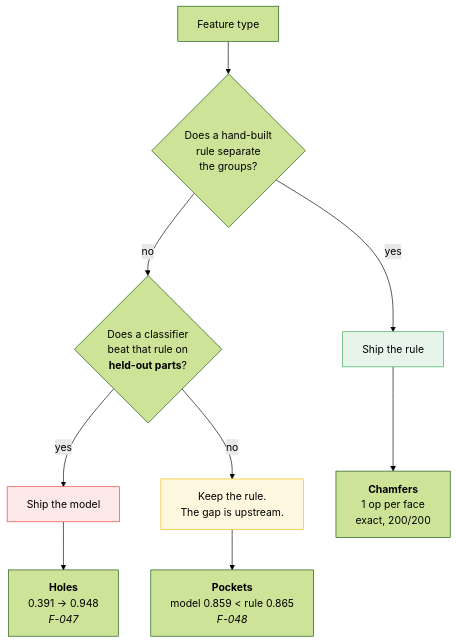
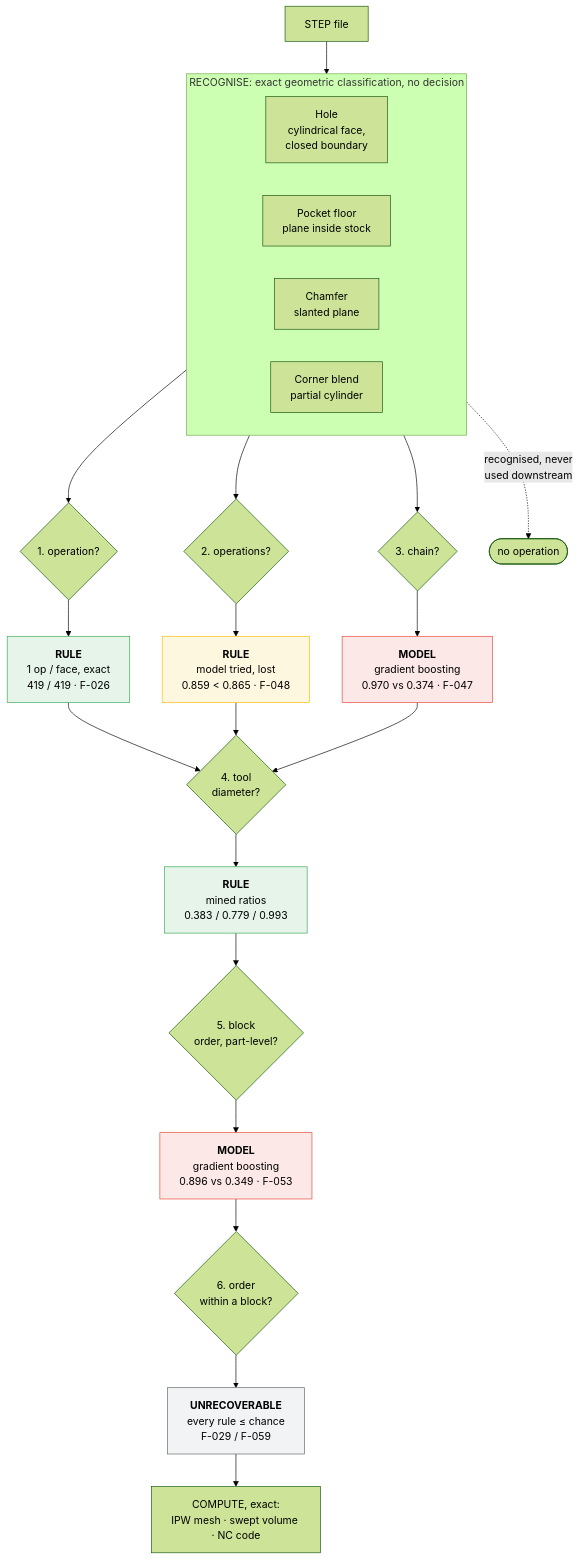
Before and after one commit to FelixMatrixar/ASME-CIE-Student-Hackathon-2026-NeuroGO: the fourth of 8 diagrams in solution/docs/METHODOLOGY.md, drawn with Mermaid (forest theme). The commit also changed other lines of this file and 5 other files, not shown here.

````diff
--- a/solution/docs/METHODOLOGY.md
+++ b/solution/docs/METHODOLOGY.md
@@ -144,16 +167,41 @@
 ```mermaid
 flowchart TD
-    START["Feature type"] --> Q1{"Does a hand-built<br/>rule separate<br/>the groups?"}
-    Q1 -->|"yes"| RULES["Ship the rule"]
-    Q1 -->|"no"| Q2{"Does a classifier<br/>beat that rule on<br/><b>held-out parts</b>?"}
-    Q2 -->|"yes"| MODEL["Ship the model"]
-    Q2 -->|"no"| KEEP["Keep the rule.<br/>The gap is upstream."]
+    STEP["STEP file"] --> REC
 
-    RULES --> CH["<b>Chamfers</b><br/>1 op per face<br/>exact, 200/200"]
-    MODEL --> HL["<b>Holes</b><br/>0.391 → 0.948<br/><i>F-047</i>"]
-    KEEP --> PK["<b>Pockets</b><br/>model 0.859 < rule 0.865<br/><i>F-048</i>"]
+    subgraph REC["RECOGNISE: exact geometric classification, no decision"]
+        direction LR
+        HOLE["Hole<br/>cylindrical face,<br/>closed boundary"]
+        PF["Pocket floor<br/>plane inside stock"]
+        CHF["Chamfer<br/>slanted plane"]
+        BLD["Corner blend<br/>partial cylinder"]
+    end
 
-    style MODEL fill:#fce8e6,stroke:#ea4335
-    style KEEP fill:#fef7e0,stroke:#fbbc04
-    style RULES fill:#e6f4ea,stroke:#34a853
+    CHF --> T1{"1. operation?"}
+    PF --> T2{"2. operations?"}
+    HOLE --> T3{"3. chain?"}
+    BLD -.->|"recognised, never<br/>used downstream"| NOOP(["no operation"])
+
+    T1 --> R1["<b>RULE</b><br/>1 op / face, exact<br/>419 / 419 · F-026"]
+    T2 --> R2["<b>RULE</b><br/>model tried, lost<br/>0.859 &lt; 0.865 · F-048"]
+    T3 --> M1["<b>MODEL</b><br/>gradient boosting<br/>0.970 vs 0.374 · F-047"]
+
+    R1 --> T4{"4. tool<br/>diameter?"}
+    R2 --> T4
+    M1 --> T4
+    T4 --> R3["<b>RULE</b><br/>mined ratios<br/>0.383 / 0.779 / 0.993"]
+
+    R3 --> T5{"5. block<br/>order, part-level?"}
+    T5 --> M2["<b>MODEL</b><br/>gradient boosting<br/>0.896 vs 0.349 · F-053"]
+
+    M2 --> T6{"6. order<br/>within a block?"}
+    T6 --> U1["<b>UNRECOVERABLE</b><br/>every rule &le; chance<br/>F-029 / F-059"]
+
+    U1 --> COMP["COMPUTE, exact:<br/>IPW mesh · swept volume · NC code"]
+
+    style M1 fill:#fce8e6,stroke:#ea4335
+    style M2 fill:#fce8e6,stroke:#ea4335
+    style R1 fill:#e6f4ea,stroke:#34a853
+    style R2 fill:#fef7e0,stroke:#fbbc04
+    style R3 fill:#e6f4ea,stroke:#34a853
+    style U1 fill:#f1f3f4,stroke:#5f6368
 ```
````
